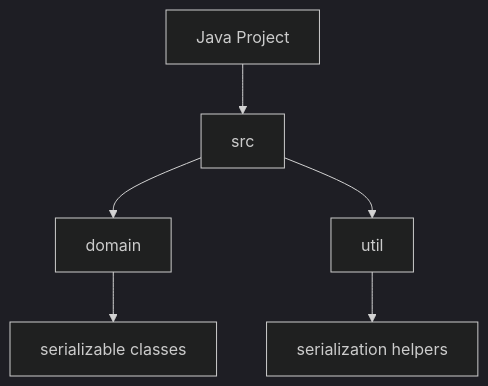
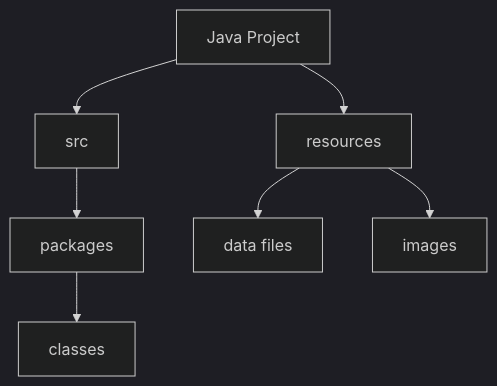
One commit to DanielCreggOrganization/w9-lab-serialization-zainabajiboye changed the first of 6 diagrams in README.md. Above: the diagram before and after it, drawn with Mermaid (dark theme).

````diff
--- a/README.md
+++ b/README.md
@@ -24,8 +24,9 @@
 ```mermaid
 graph TD
     A[Java Project] --> B[src]
-    B --> C[domain]
-    B --> D[util]
-    C --> E[serializable classes]
-    D --> F[serialization helpers]
+    A --> C[resources]
+    B --> D[packages]
+    D --> E[classes]
+    C --> F[data files]
+    C --> G[images]
 ```
````
